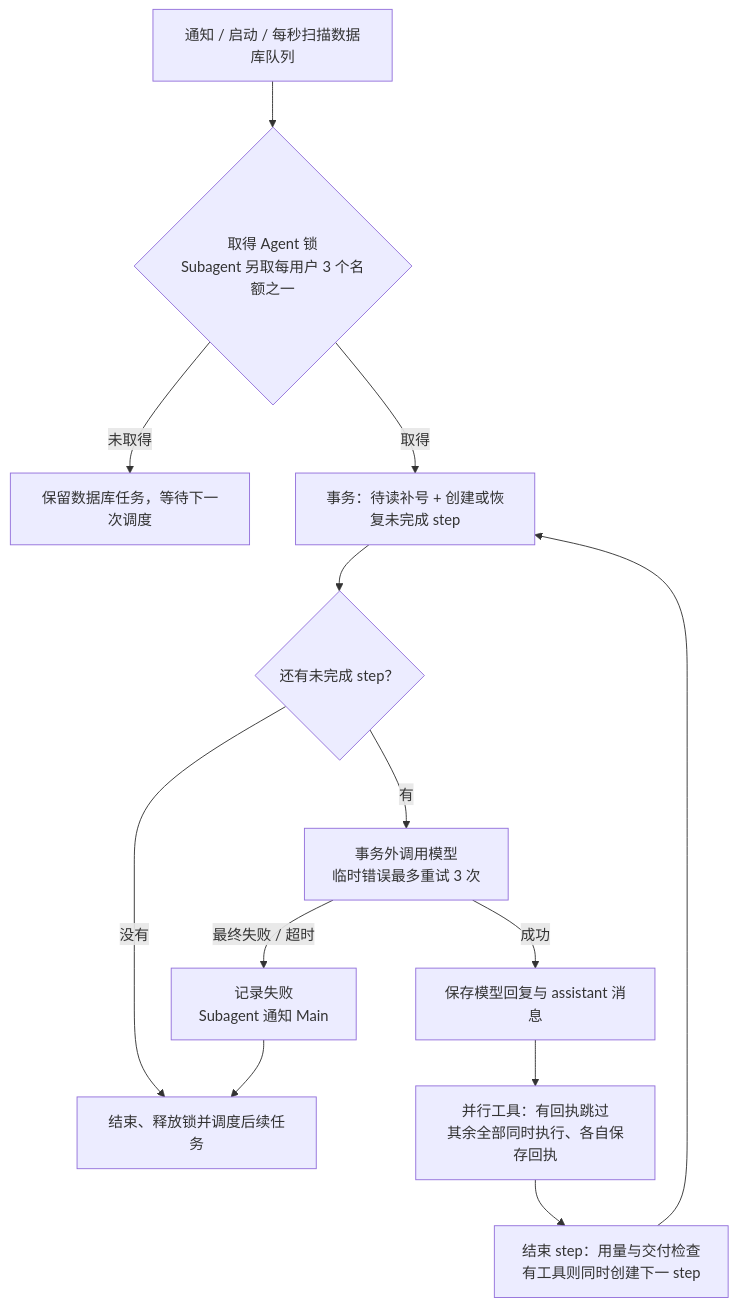
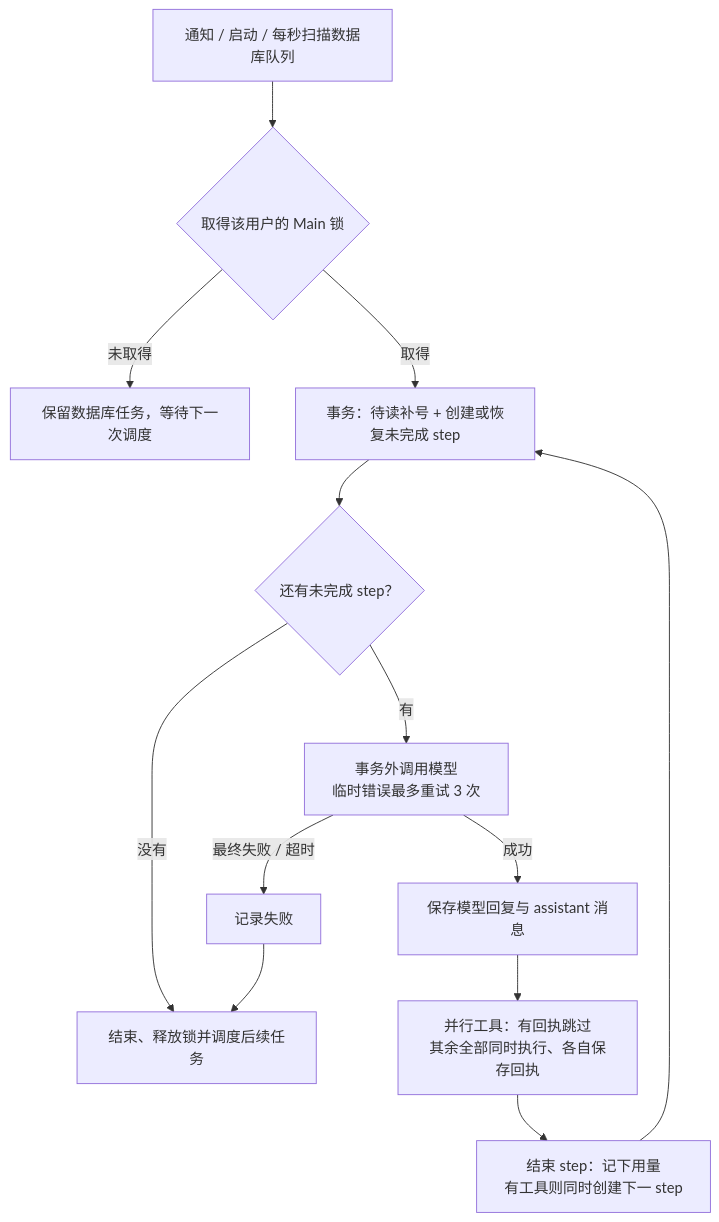
The first of 2 diagrams in docs/wiki/05-main-runtime.md (OmniNetOpensource/aether-personal), drawn with Mermaid before and after one commit. The commit also changed other lines of this file and 12 other files, not shown here.

````diff
--- a/docs/wiki/05-main-runtime.md
+++ b/docs/wiki/05-main-runtime.md
@@ -33,15 +33,15 @@
 ```mermaid
 flowchart TD
-    SCAN["通知 / 启动 / 每秒扫描数据库队列"] --> LOCK{"取得 Agent 锁<br/>Subagent 另取每用户 3 个名额之一"}
+    SCAN["通知 / 启动 / 每秒扫描数据库队列"] --> LOCK{"取得该用户的 Main 锁"}
     LOCK -->|未取得| WAIT["保留数据库任务，等待下一次调度"]
     LOCK -->|取得| PREPARE["事务：待读补号 + 创建或恢复未完成 step"]
     PREPARE --> NEED{"还有未完成 step？"}
     NEED -->|没有| RELEASE["结束、释放锁并调度后续任务"]
     NEED -->|有| CALL["事务外调用模型<br/>临时错误最多重试 3 次"]
     CALL -->|成功| SAVE1["保存模型回复与 assistant 消息"]
     SAVE1 --> TOOL["并行工具：有回执跳过<br/>其余全部同时执行、各自保存回执"]
-    TOOL --> SAVE["结束 step：用量与交付检查<br/>有工具则同时创建下一 step"]
+    TOOL --> SAVE["结束 step：记下用量<br/>有工具则同时创建下一 step"]
     SAVE --> PREPARE
-    CALL -->|最终失败 / 超时| FAIL["记录失败<br/>Subagent 通知 Main"]
+    CALL -->|最终失败 / 超时| FAIL["记录失败"]
     FAIL --> RELEASE
 ```
````
